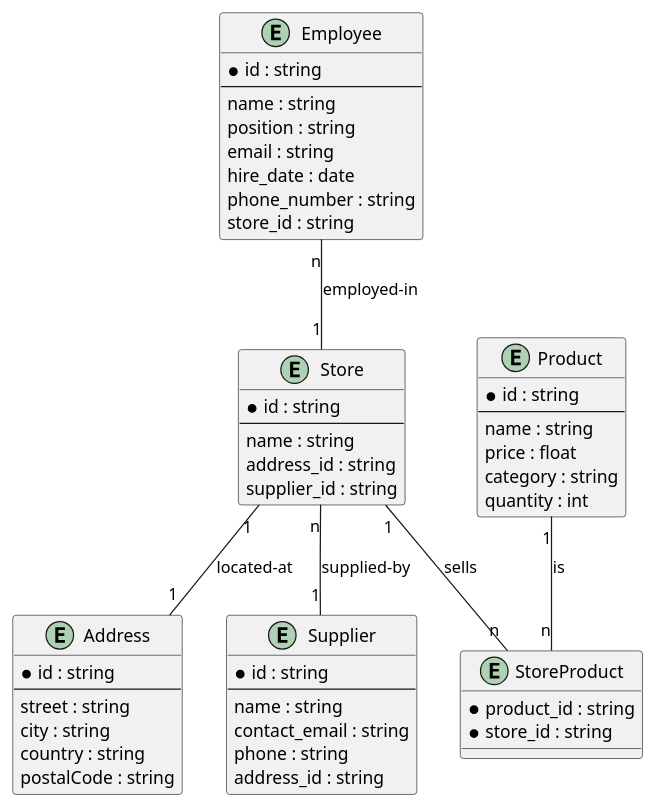
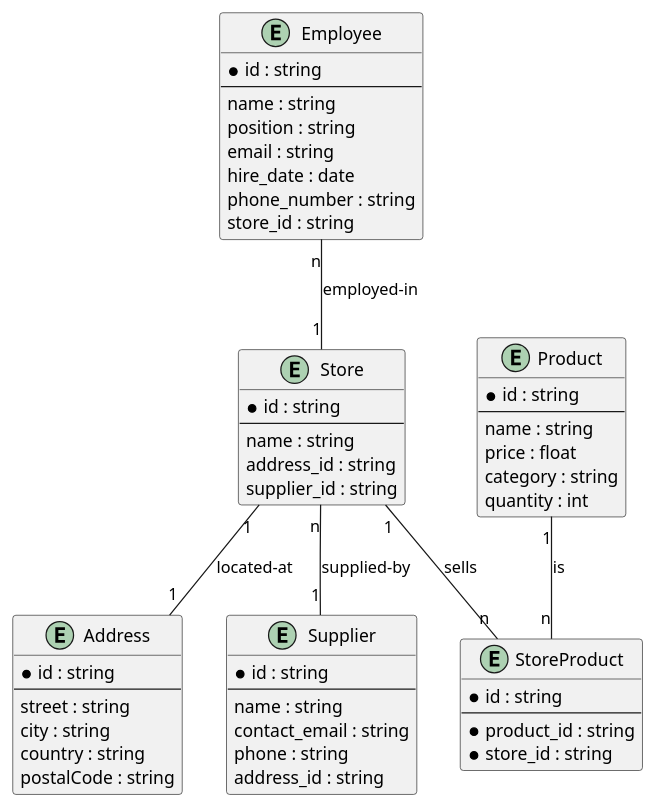
The diagram in en/en.plantuml (marius-a-mueller/avg-datenintegration), drawn with PlantUML before and after one commit.

Commit message:
Bei StoreProduct id hinzugefügt

```diff
--- a/en/en.plantuml
+++ b/en/en.plantuml
@@ -1,59 +1,61 @@
 @startuml en
 
 entity Employee {
   *id : string
   --
   name : string
   position : string
   email : string
   hire_date : date
   phone_number : string
   store_id : string
 }
 
 entity Product {
   *id : string
   --
   name : string
   price : float
   category : string
   quantity : int
 }
 
 entity StoreProduct {
+  *id : string
+  --
   *product_id : string
   *store_id : string
 }
 
 entity Store {
   *id : string
   --
   name : string
   address_id : string
   supplier_id : string
 }
 
 entity Address {
   *id : string
   --
   street : string
   city : string
   country : string
   postalCode : string
 }
 
 entity Supplier {
   *id : string
   --
   name : string
   contact_email : string
   phone : string
   address_id : string
 }
 
 Employee "n" -- "1" Store : employed-in
 Store "1" -- "1" Address : located-at
 Store "n" -- "1" Supplier : supplied-by
 Store "1" -- "n" StoreProduct : sells
 Product "1" -- "n" StoreProduct : is
 @enduml
```
